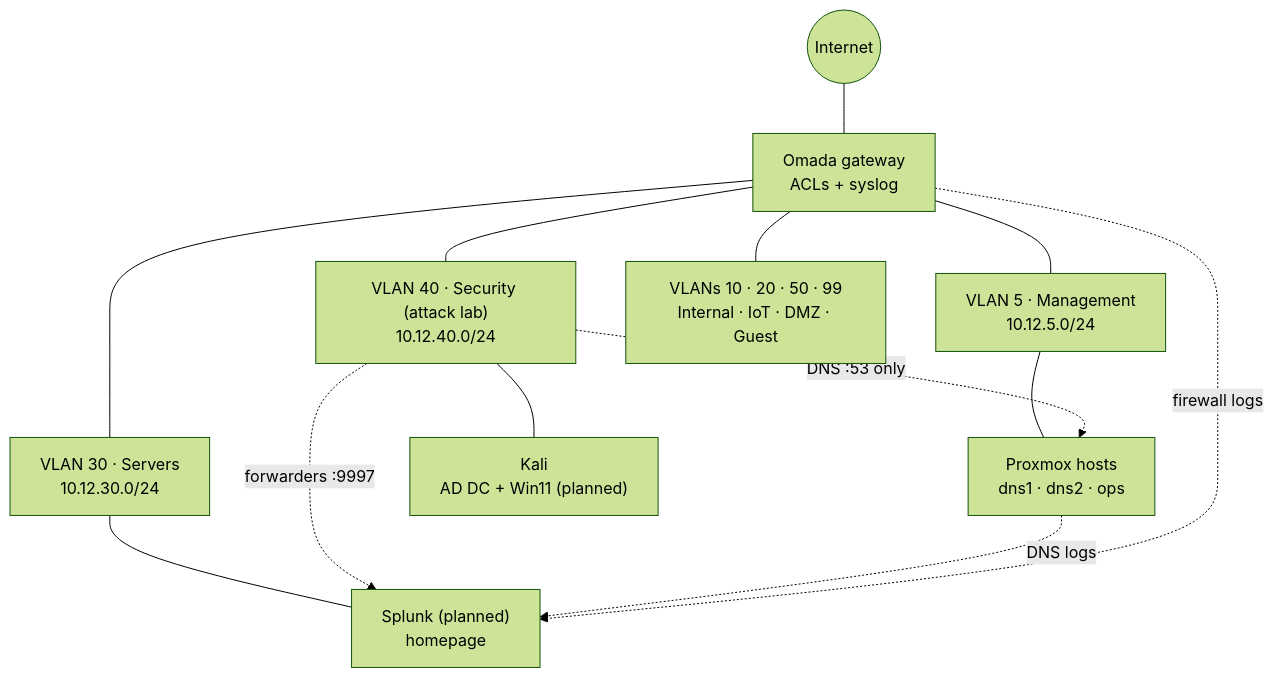
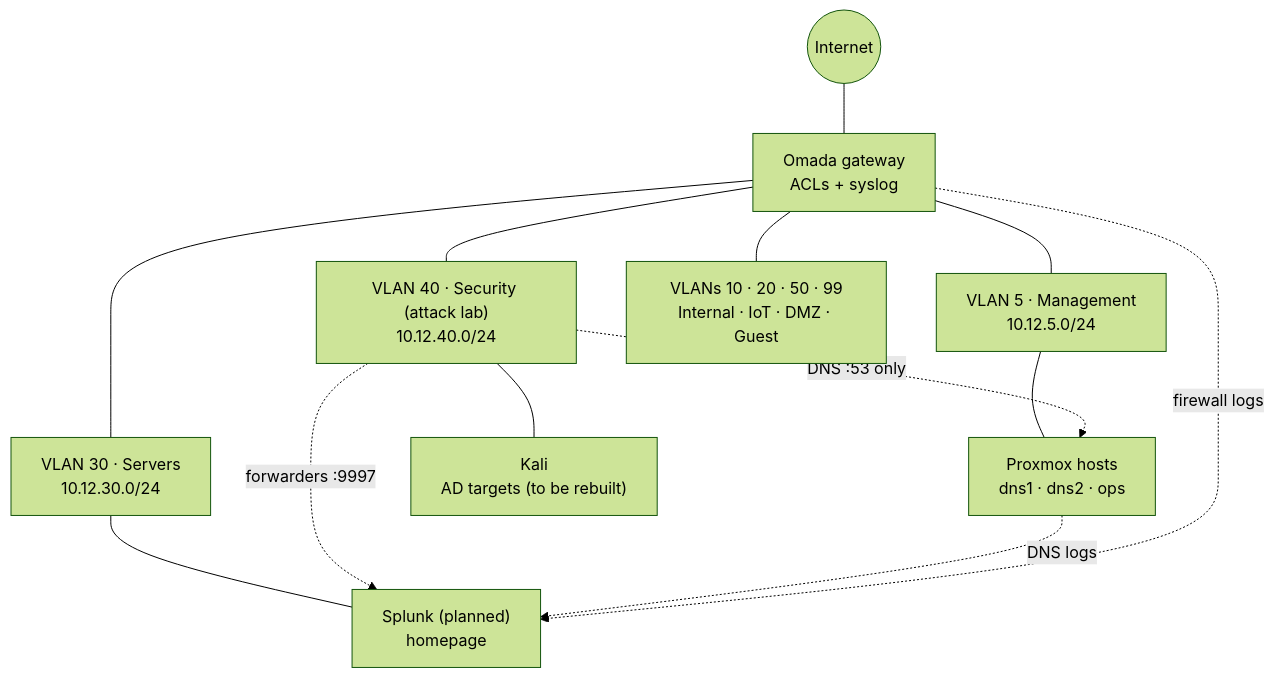
One commit to J-DeMarzo/enterprise-homelab changed the second of 2 diagrams in README.md. Above: the diagram before and after it, drawn with Mermaid (forest theme). The commit also changed other lines of this file and 18 other files, not shown here.

````diff
--- a/README.md
+++ b/README.md
@@ -29,18 +29,18 @@
 ```mermaid
 flowchart TB
     internet((Internet)) --- gw["Omada gateway<br/>ACLs + syslog"]
 
     gw --- mgmt["VLAN 5 · Management<br/>10.12.5.0/24"]
     gw --- svc["VLAN 30 · Servers<br/>10.12.30.0/24"]
     gw --- lab["VLAN 40 · Security (attack lab)<br/>10.12.40.0/24"]
     gw --- other["VLANs 10 · 20 · 50 · 99<br/>Internal · IoT · DMZ · Guest"]
 
     mgmt --- m1["Proxmox hosts<br/>dns1 · dns2 · ops"]
     svc --- s1["Splunk (planned)<br/>homepage"]
-    lab --- l1["Kali<br/>AD DC + Win11 (planned)"]
+    lab --- l1["Kali<br/>AD targets (to be rebuilt)"]
 
     lab -. "forwarders :9997" .-> s1
     lab -. "DNS :53 only" .-> m1
     m1 -. "DNS logs" .-> s1
     gw -. "firewall logs" .-> s1
 ```
````
